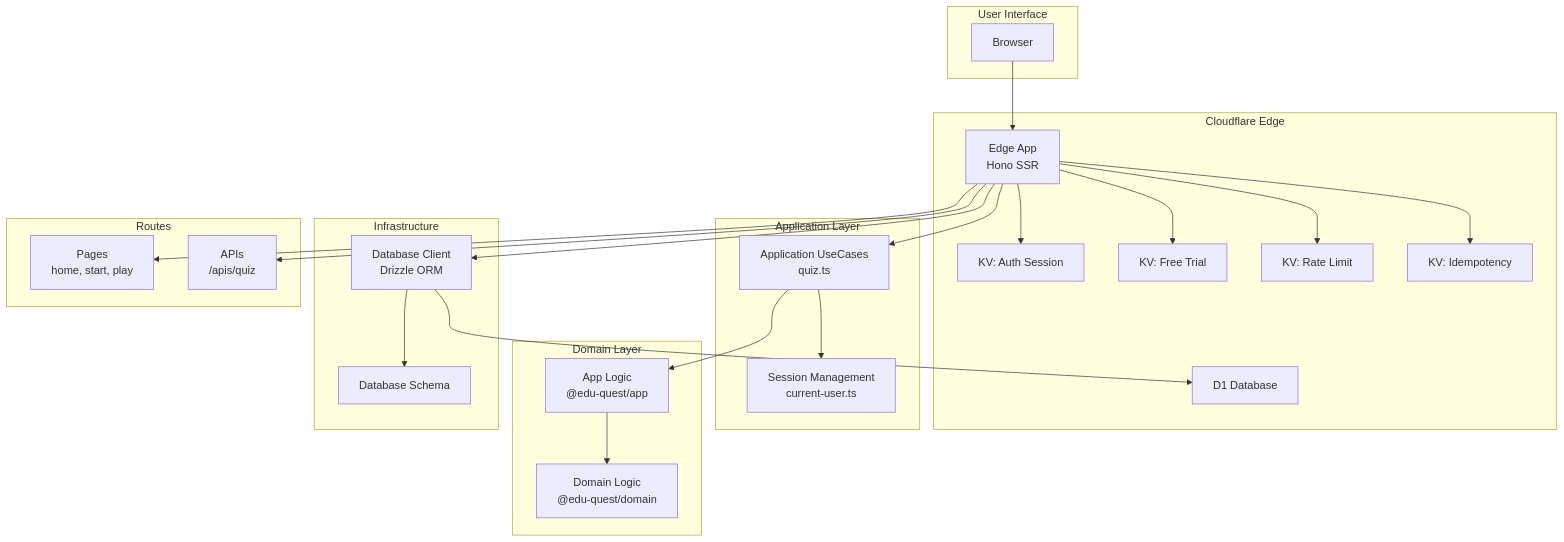
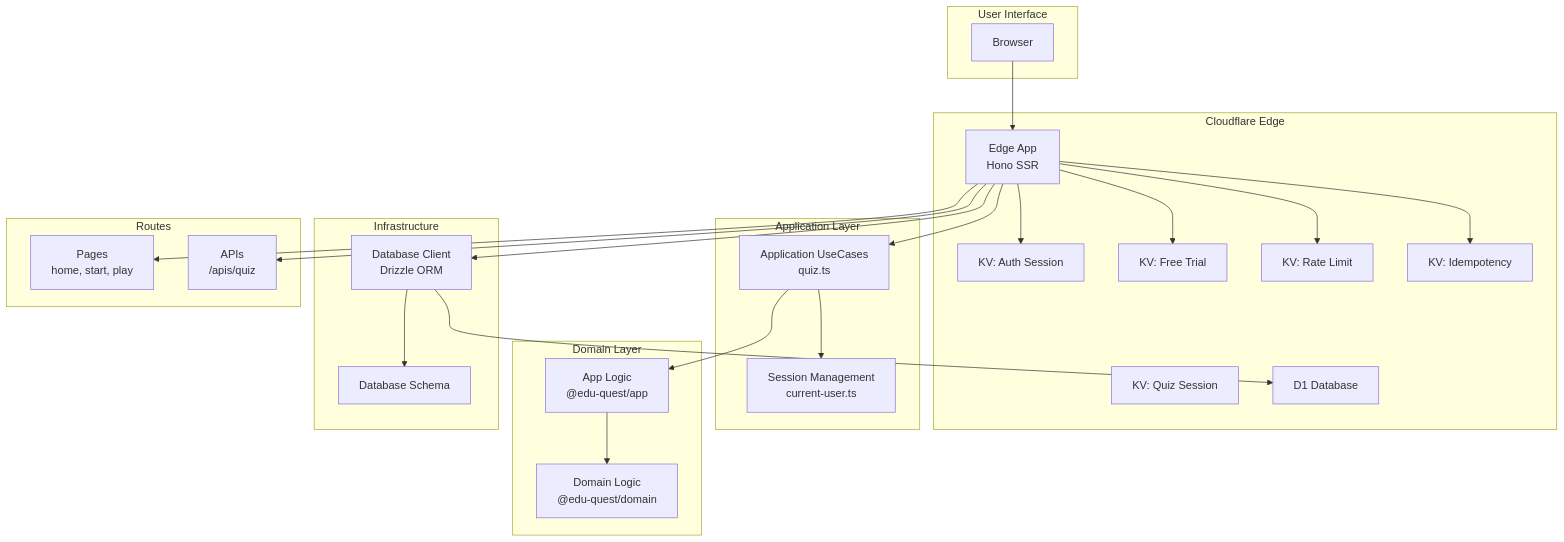
Before and after one commit to tqer39/edu-quest: the diagram in AGENTS.md, drawn with Mermaid. The commit also changed other lines of this file and 6 other files, not shown here.

Commit message:
feat: add KV_QUIZ_SESSION for quiz session management and update related documentation

````diff
--- a/AGENTS.md
+++ b/AGENTS.md
@@ -74,50 +74,51 @@
 ```mermaid
 graph TB
     subgraph "User Interface"
         Browser
     end
 
     subgraph "Cloudflare Edge"
         EdgeApp[Edge App<br/>Hono SSR]
         KV_Session[KV: Auth Session]
+        KV_Quiz[KV: Quiz Session]
         KV_Trial[KV: Free Trial]
         KV_Rate[KV: Rate Limit]
         KV_Idempotency[KV: Idempotency]
         D1[D1 Database]
     end
 
     subgraph "Application Layer"
         UseCases[Application UseCases<br/>quiz.ts]
         Session[Session Management<br/>current-user.ts]
     end
 
     subgraph "Domain Layer"
         DomainLogic[Domain Logic<br/>@edu-quest/domain]
         AppLogic[App Logic<br/>@edu-quest/app]
     end
 
     subgraph "Infrastructure"
         Database[Database Client<br/>Drizzle ORM]
         Schema[Database Schema]
     end
 
     subgraph "Routes"
         Pages[Pages<br/>home, start, play]
         APIs[APIs<br/>/apis/quiz]
     end
 
     Browser --> EdgeApp
     EdgeApp --> Pages
     EdgeApp --> APIs
     EdgeApp --> UseCases
     UseCases --> AppLogic
     UseCases --> Session
     AppLogic --> DomainLogic
     EdgeApp --> KV_Session
     EdgeApp --> KV_Trial
     EdgeApp --> KV_Rate
     EdgeApp --> KV_Idempotency
     EdgeApp --> Database
     Database --> D1
     Database --> Schema
 ```
````
